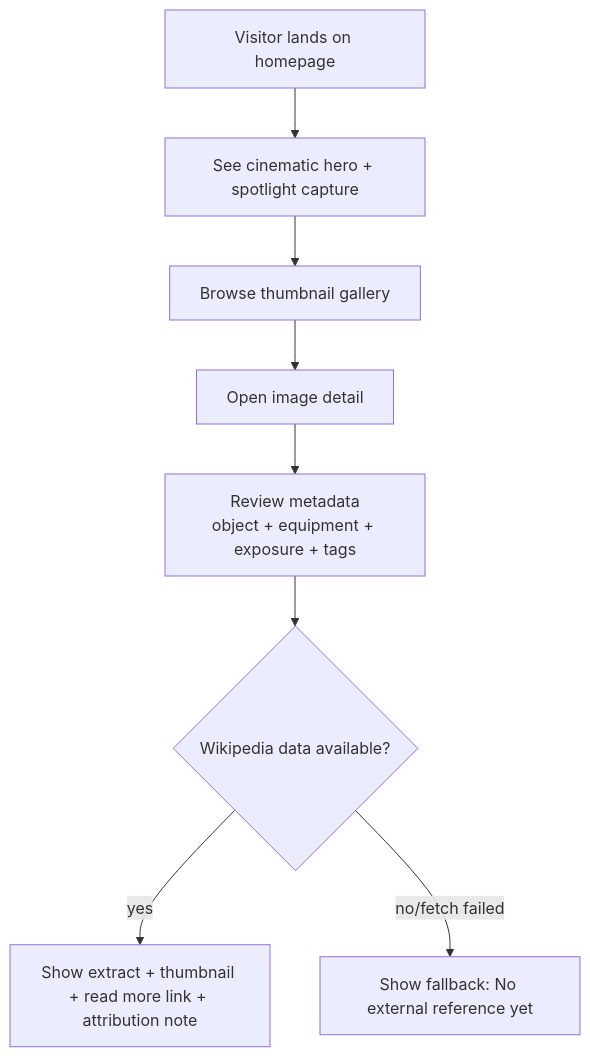
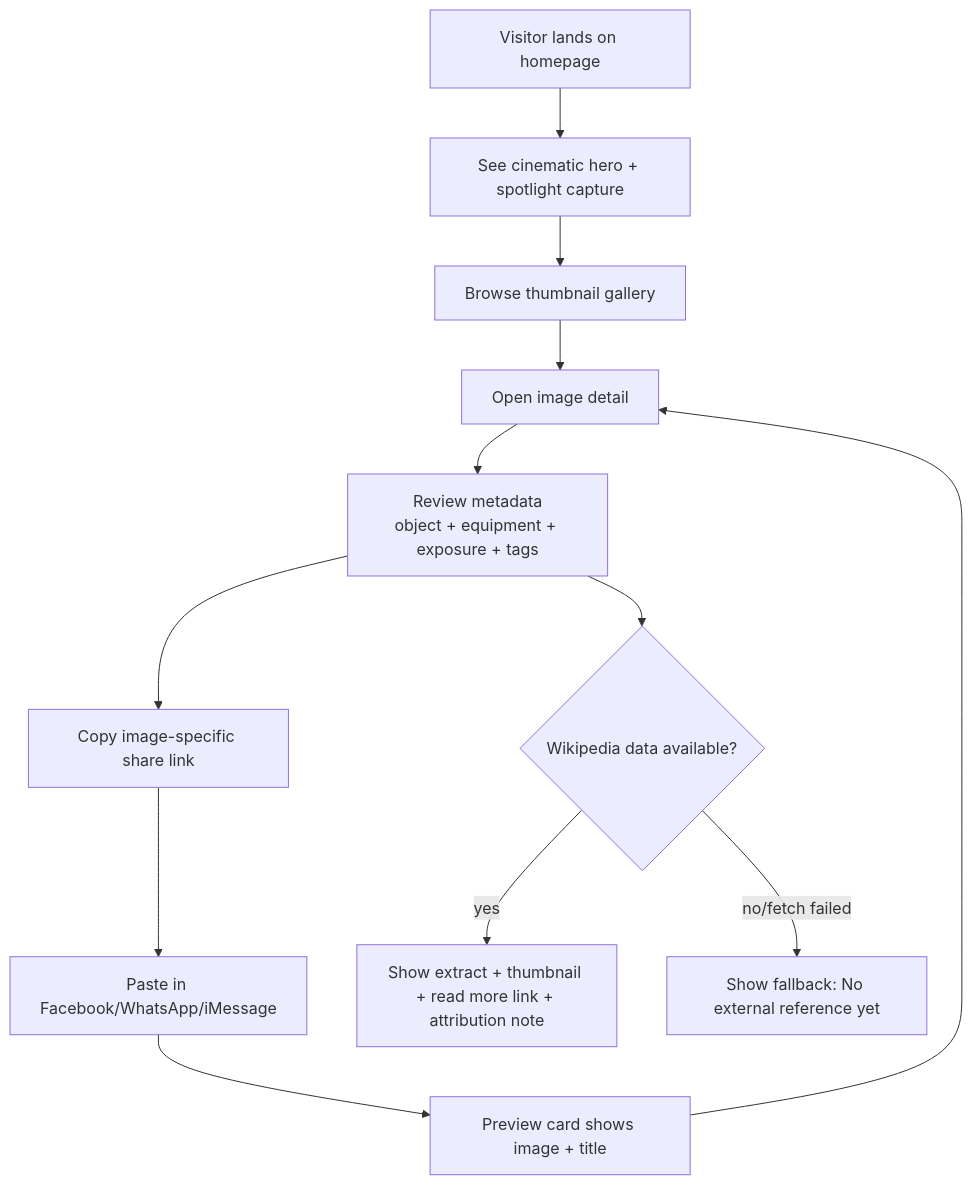
One commit to smeird/images changed the first of 3 diagrams in README.md. Above: the diagram before and after it, drawn with Mermaid. The commit also changed other lines of this file and 6 other files, not shown here.

First line of the commit message:
Add shareable image preview links with Open Graph metadata

````diff
--- a/README.md
+++ b/README.md
@@ -124,10 +126,14 @@
 ```mermaid
 flowchart TD
   A[Visitor lands on homepage] --> B[See cinematic hero + spotlight capture]
   B --> C[Browse thumbnail gallery]
   C --> D[Open image detail]
   D --> E[Review metadata\nobject + equipment + exposure + tags]
+  E --> I[Copy image-specific share link]
+  I --> J[Paste in Facebook/WhatsApp/iMessage]
+  J --> K[Preview card shows image + title]
+  K --> D
   E --> F{Wikipedia data available?}
   F -- yes --> G[Show extract + thumbnail + read more link + attribution note]
   F -- no/fetch failed --> H[Show fallback: No external reference yet]
 ```
````
